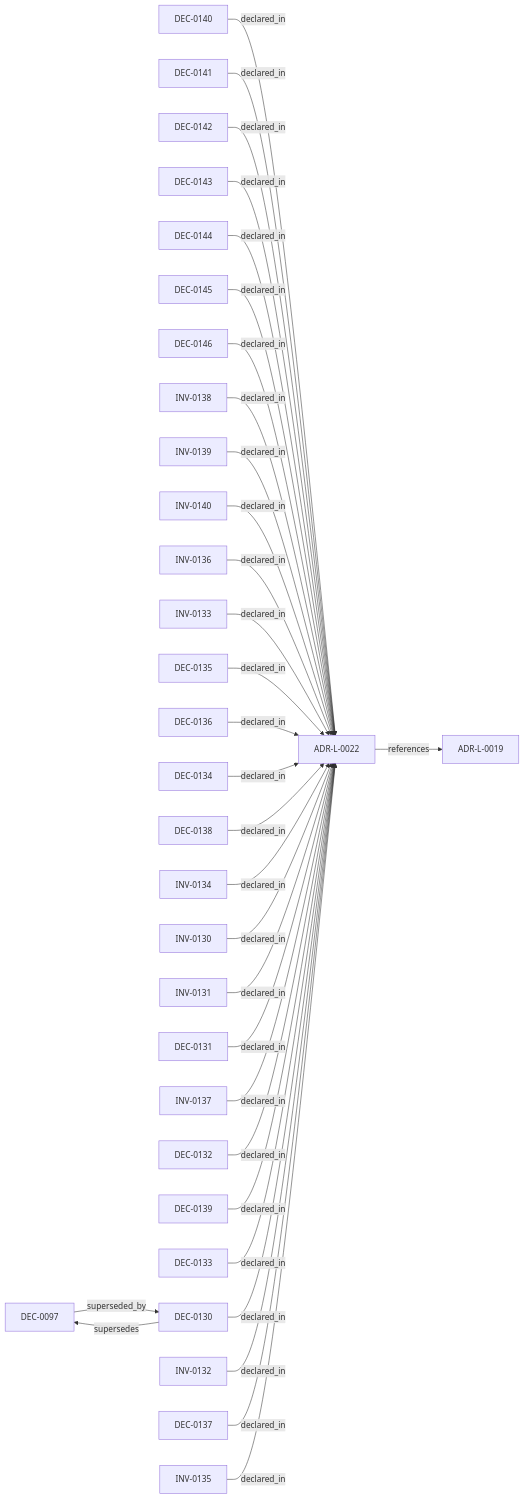
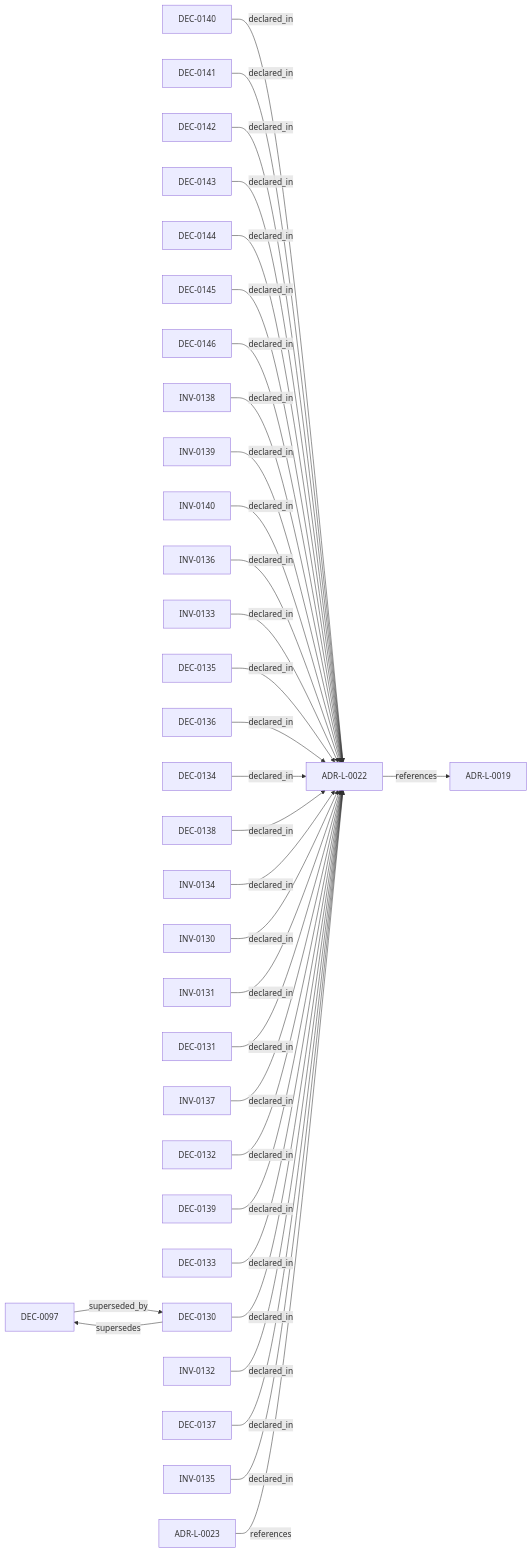
One commit to egallmann/adr-architecture-kit changed the diagram in adrs/adr-projection/logical/ADR-L-0022-universal-uuidv7-entity-identity.md. Above: the diagram before and after it, drawn with Mermaid. The commit also changed other lines of this file and 86 other files, not shown here.

````diff
--- a/adrs/adr-projection/logical/ADR-L-0022-universal-uuidv7-entity-identity.md
+++ b/adrs/adr-projection/logical/ADR-L-0022-universal-uuidv7-entity-identity.md
@@ -28,65 +28,67 @@
 ```mermaid
 flowchart LR
   n_019fee89_e617_78d9_ba3b_b7e3e6db1b12["ADR-L-0019"]
   n_019fee89_e617_7bdc_b136_032978d92661["DEC-0097"]
   n_01a002b7_e001_7010_8401_010101010101["DEC-0140"]
   n_01a002b7_e002_7020_8802_020202020202["DEC-0141"]
   n_01a002b7_e003_7030_8c03_030303030303["DEC-0142"]
   n_01a002b7_e004_7040_9004_040404040404["DEC-0143"]
   n_01a002b7_e005_7050_9405_050505050505["DEC-0144"]
   n_01a002b7_e006_7060_9806_060606060606["DEC-0145"]
   n_01a002b7_e007_7070_9c07_070707070707["DEC-0146"]
   n_01a002b7_e008_7080_a008_080808080808["INV-0138"]
   n_01a002b7_e009_7090_a409_090909090909["INV-0139"]
   n_01a002b7_e00a_70a0_a80a_0a0a0a0a0a0a["INV-0140"]
   n_01a00643_1bfc_7017_a03d_b61439e4cb2b["INV-0136"]
   n_01a00643_1bfc_715b_a837_a062f86a6192["INV-0133"]
   n_01a00643_1bfc_71ef_8e1f_694949767d59["DEC-0135"]
   n_01a00643_1bfc_729a_833f_5a3bca5af998["DEC-0136"]
   n_01a00643_1bfc_72a1_af3d_7cca88f676f7["DEC-0134"]
   n_01a00643_1bfc_7528_951b_a457433ae5f4["DEC-0138"]
   n_01a00643_1bfc_7545_b11f_aebc124672f4["INV-0134"]
   n_01a00643_1bfc_757c_ba3a_63a007e981d0["INV-0130"]
   n_01a00643_1bfc_766c_ba3c_2f5aa66d59f6["INV-0131"]
   n_01a00643_1bfc_7676_812e_219c659674b2["DEC-0131"]
   n_01a00643_1bfc_7840_811f_831007e661b2["INV-0137"]
   n_01a00643_1bfc_788c_911b_83a4725a8de1["ADR-L-0022"]
   n_01a00643_1bfc_7922_9c18_f6938ee01c41["DEC-0132"]
   n_01a00643_1bfc_7936_bb29_afde4c57721d["DEC-0139"]
   n_01a00643_1bfc_7b7e_883d_6c7dfff3325f["DEC-0133"]
   n_01a00643_1bfc_7c3d_b935_01f39da8a0a5["DEC-0130"]
   n_01a00643_1bfc_7dd1_a439_31a110f8ed50["INV-0132"]
   n_01a00643_1bfc_7e7a_af3f_0484ebc351c9["DEC-0137"]
   n_01a00643_1bfc_7f05_b617_6960fa562bea["INV-0135"]
+  n_01a00644_1bfc_7abc_8aaa_111111111111["ADR-L-0023"]
   n_01a002b7_e001_7010_8401_010101010101 -->|"declared_in"| n_01a00643_1bfc_788c_911b_83a4725a8de1
   n_01a002b7_e002_7020_8802_020202020202 -->|"declared_in"| n_01a00643_1bfc_788c_911b_83a4725a8de1
   n_01a002b7_e003_7030_8c03_030303030303 -->|"declared_in"| n_01a00643_1bfc_788c_911b_83a4725a8de1
   n_01a002b7_e004_7040_9004_040404040404 -->|"declared_in"| n_01a00643_1bfc_788c_911b_83a4725a8de1
   n_01a002b7_e005_7050_9405_050505050505 -->|"declared_in"| n_01a00643_1bfc_788c_911b_83a4725a8de1
   n_01a002b7_e006_7060_9806_060606060606 -->|"declared_in"| n_01a00643_1bfc_788c_911b_83a4725a8de1
   n_01a002b7_e007_7070_9c07_070707070707 -->|"declared_in"| n_01a00643_1bfc_788c_911b_83a4725a8de1
   n_01a002b7_e008_7080_a008_080808080808 -->|"declared_in"| n_01a00643_1bfc_788c_911b_83a4725a8de1
   n_01a002b7_e009_7090_a409_090909090909 -->|"declared_in"| n_01a00643_1bfc_788c_911b_83a4725a8de1
   n_01a002b7_e00a_70a0_a80a_0a0a0a0a0a0a -->|"declared_in"| n_01a00643_1bfc_788c_911b_83a4725a8de1
   n_01a00643_1bfc_7017_a03d_b61439e4cb2b -->|"declared_in"| n_01a00643_1bfc_788c_911b_83a4725a8de1
   n_01a00643_1bfc_715b_a837_a062f86a6192 -->|"declared_in"| n_01a00643_1bfc_788c_911b_83a4725a8de1
   n_01a00643_1bfc_71ef_8e1f_694949767d59 -->|"declared_in"| n_01a00643_1bfc_788c_911b_83a4725a8de1
   n_01a00643_1bfc_729a_833f_5a3bca5af998 -->|"declared_in"| n_01a00643_1bfc_788c_911b_83a4725a8de1
   n_01a00643_1bfc_72a1_af3d_7cca88f676f7 -->|"declared_in"| n_01a00643_1bfc_788c_911b_83a4725a8de1
   n_01a00643_1bfc_7528_951b_a457433ae5f4 -->|"declared_in"| n_01a00643_1bfc_788c_911b_83a4725a8de1
   n_01a00643_1bfc_7545_b11f_aebc124672f4 -->|"declared_in"| n_01a00643_1bfc_788c_911b_83a4725a8de1
   n_01a00643_1bfc_757c_ba3a_63a007e981d0 -->|"declared_in"| n_01a00643_1bfc_788c_911b_83a4725a8de1
   n_01a00643_1bfc_766c_ba3c_2f5aa66d59f6 -->|"declared_in"| n_01a00643_1bfc_788c_911b_83a4725a8de1
   n_01a00643_1bfc_7676_812e_219c659674b2 -->|"declared_in"| n_01a00643_1bfc_788c_911b_83a4725a8de1
   n_01a00643_1bfc_7840_811f_831007e661b2 -->|"declared_in"| n_01a00643_1bfc_788c_911b_83a4725a8de1
   n_01a00643_1bfc_7922_9c18_f6938ee01c41 -->|"declared_in"| n_01a00643_1bfc_788c_911b_83a4725a8de1
   n_01a00643_1bfc_7936_bb29_afde4c57721d -->|"declared_in"| n_01a00643_1bfc_788c_911b_83a4725a8de1
   n_01a00643_1bfc_7b7e_883d_6c7dfff3325f -->|"declared_in"| n_01a00643_1bfc_788c_911b_83a4725a8de1
   n_01a00643_1bfc_7c3d_b935_01f39da8a0a5 -->|"declared_in"| n_01a00643_1bfc_788c_911b_83a4725a8de1
   n_01a00643_1bfc_7dd1_a439_31a110f8ed50 -->|"declared_in"| n_01a00643_1bfc_788c_911b_83a4725a8de1
   n_01a00643_1bfc_7e7a_af3f_0484ebc351c9 -->|"declared_in"| n_01a00643_1bfc_788c_911b_83a4725a8de1
   n_01a00643_1bfc_7f05_b617_6960fa562bea -->|"declared_in"| n_01a00643_1bfc_788c_911b_83a4725a8de1
   n_01a00643_1bfc_788c_911b_83a4725a8de1 -->|"references"| n_019fee89_e617_78d9_ba3b_b7e3e6db1b12
+  n_01a00644_1bfc_7abc_8aaa_111111111111 -->|"references"| n_01a00643_1bfc_788c_911b_83a4725a8de1
   n_019fee89_e617_7bdc_b136_032978d92661 -->|"superseded_by"| n_01a00643_1bfc_7c3d_b935_01f39da8a0a5
   n_01a00643_1bfc_7c3d_b935_01f39da8a0a5 -->|"supersedes"| n_019fee89_e617_7bdc_b136_032978d92661
 ```
````
